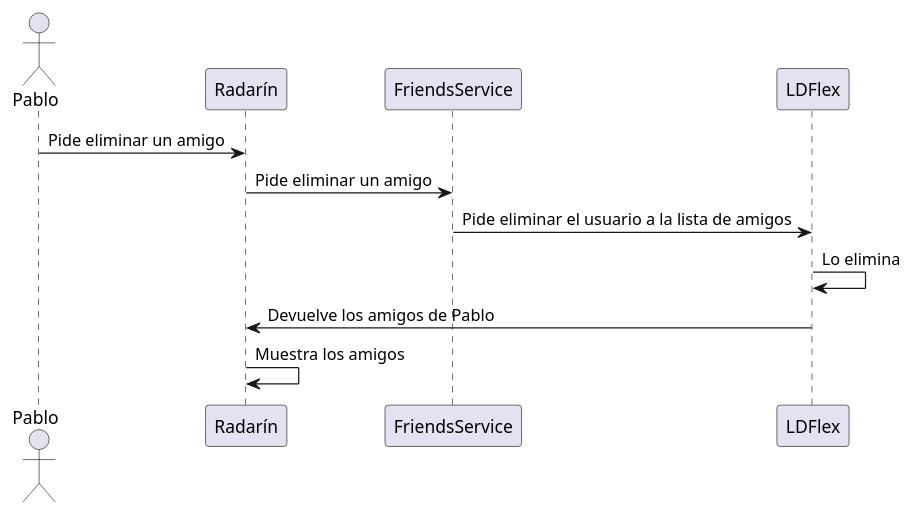
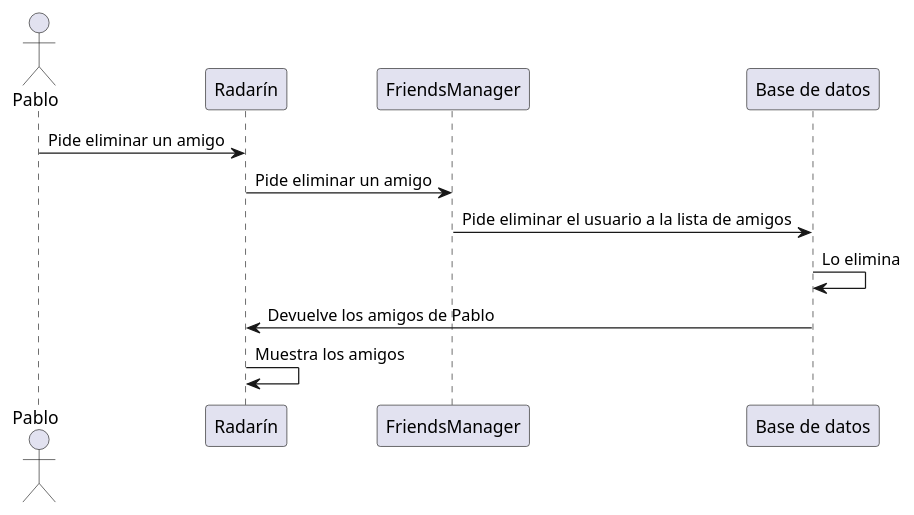
Before and after one commit to Arquisoft/radarin_es4a: the fourth of 6 diagrams in webapp/docs/06_runtime_view.adoc, drawn with PlantUML. The commit also changed other lines of this file and 204 other files, not shown here.

```diff
--- a/webapp/docs/06_runtime_view.adoc
+++ b/webapp/docs/06_runtime_view.adoc
@@ -93,13 +93,13 @@
 [plantuml,"eliminar_amigos",png]
 ----
 actor Pablo
 participant  "Radarín"
-participant "FriendsService"
-participant "LDFlex"
+participant "FriendsManager"
+participant "Base de datos"
 Pablo -> "Radarín": Pide eliminar un amigo
-"Radarín" -> "FriendsService": Pide eliminar un amigo
-"FriendsService" -> "LDFlex": Pide eliminar el usuario a la lista de amigos
-"LDFlex" -> "LDFlex": Lo elimina
-"LDFlex" -> "Radarín" : Devuelve los amigos de Pablo
+"Radarín" -> "FriendsManager": Pide eliminar un amigo
+"FriendsManager" -> "Base de datos": Pide eliminar el usuario a la lista de amigos
+"Base de datos" -> "Base de datos": Lo elimina
+"Base de datos" -> "Radarín" : Devuelve los amigos de Pablo
 "Radarín" -> "Radarín": Muestra los amigos
 ----
```
